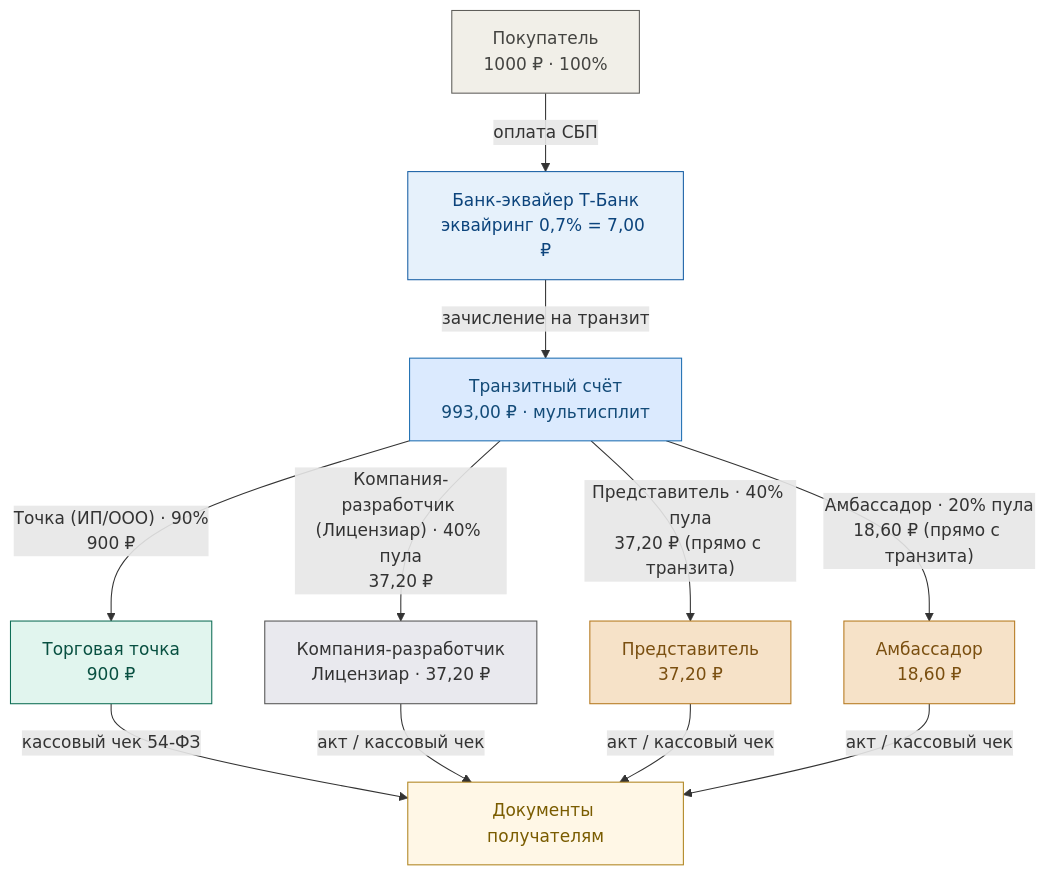
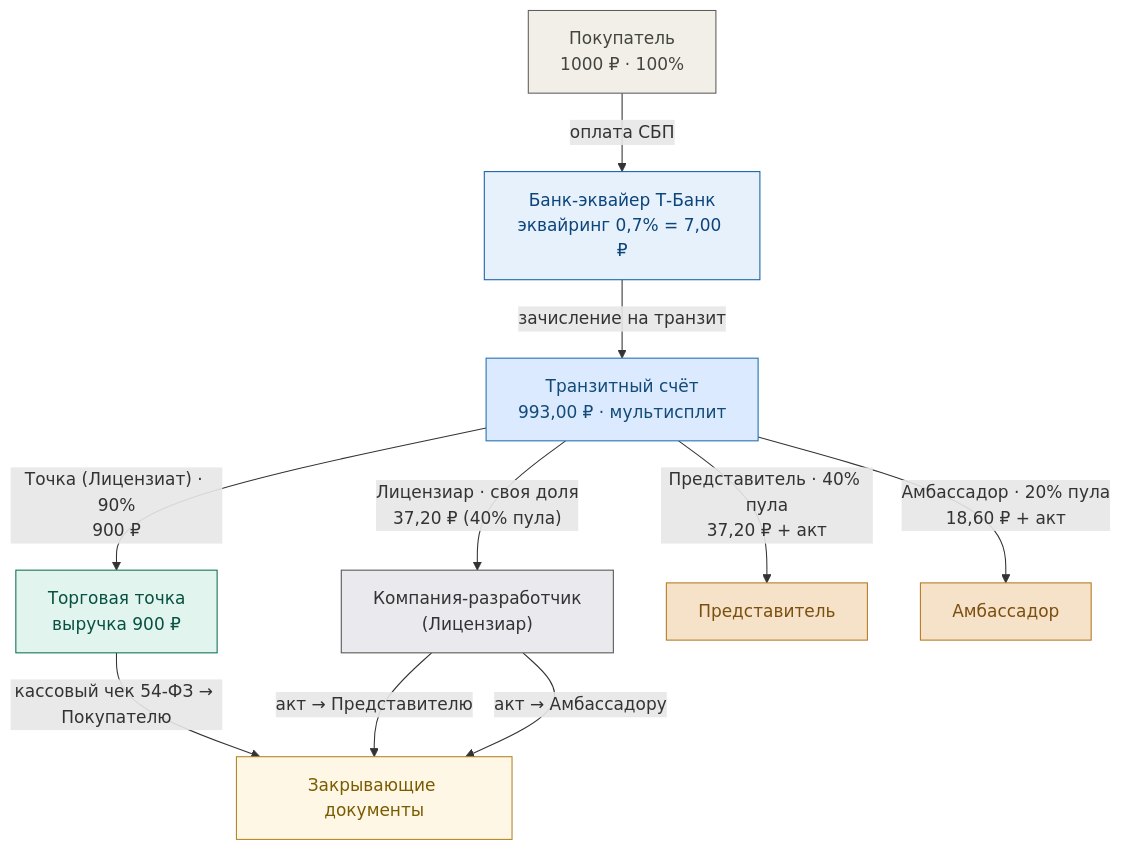
One commit to axiiom-ru/lovii changed the third of 4 diagrams in docs/money_flow_dev_operator.md. Above: the diagram before and after it, drawn with Mermaid. The commit also changed other lines of this file and 1 other file, not shown here.

````diff
--- a/docs/money_flow_dev_operator.md
+++ b/docs/money_flow_dev_operator.md
@@ -80,22 +72,21 @@
 ```mermaid
 flowchart TD
     P["Покупатель<br/>1000 ₽ · 100%"] -->|"оплата СБП"| B["Банк-эквайер Т-Банк<br/>эквайринг 0,7% = 7,00 ₽"]
     B -->|"зачисление на транзит"| T["Транзитный счёт<br/>993,00 ₽ · мультисплит"]
-    T -->|"Точка (ИП/ООО) · 90%<br/>900 ₽"| S["Торговая точка<br/>900 ₽"]
-    T -->|"Компания-разработчик (Лицензиар) · 40% пула<br/>37,20 ₽"| C["Компания-разработчик<br/>Лицензиар · 37,20 ₽"]
-    T -->|"Представитель · 40% пула<br/>37,20 ₽ (прямо с транзита)"| R["Представитель<br/>37,20 ₽"]
-    T -->|"Амбассадор · 20% пула<br/>18,60 ₽ (прямо с транзита)"| A["Амбассадор<br/>18,60 ₽"]
-    S -->|"кассовый чек 54-ФЗ"| DOC["Документы получателям"]
-    C -->|"акт / кассовый чек"| DOC
-    R -->|"акт / кассовый чек"| DOC
-    A -->|"акт / кассовый чек"| DOC
+    T -->|"Точка (Лицензиат) · 90%<br/>900 ₽"| S["Торговая точка<br/>выручка 900 ₽"]
+    T -->|"Лицензиар · своя доля<br/>37,20 ₽ (40% пула)"| C["Компания-разработчик<br/>(Лицензиар)"]
+    T -->|"Представитель · 40% пула<br/>37,20 ₽ + акт"| R["Представитель"]
+    T -->|"Амбассадор · 20% пула<br/>18,60 ₽ + акт"| A["Амбассадор"]
+    S -->|"кассовый чек 54-ФЗ → Покупателю"| D["Закрывающие документы"]
+    C -->|"акт → Представителю"| D
+    C -->|"акт → Амбассадору"| D
 
     classDef buyer fill:#f1efe8,stroke:#5f5e5a,color:#444441;
     classDef bank fill:#e6f1fb,stroke:#185fa5,color:#0c447c;
     classDef transit fill:#dbeafe,stroke:#1f6fb2,color:#134b78;
     classDef shop fill:#e1f5ee,stroke:#0f6e56,color:#085041;
     classDef dev fill:#e9e9ee,stroke:#555,color:#333;
     classDef rep fill:#f6e2c8,stroke:#b5791f,color:#7a4f10;
     classDef doc fill:#fff7e6,stroke:#b08520,color:#7a5c00;
-    class P buyer; class B bank; class T transit; class S shop; class C dev; class R rep; class A rep; class DOC doc;
+    class P buyer; class B bank; class T transit; class S shop; class C dev; class R rep; class A rep; class D doc;
 ```
````
